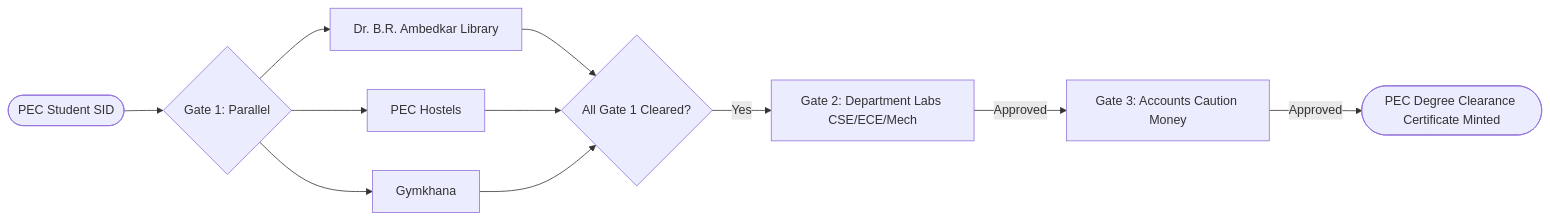
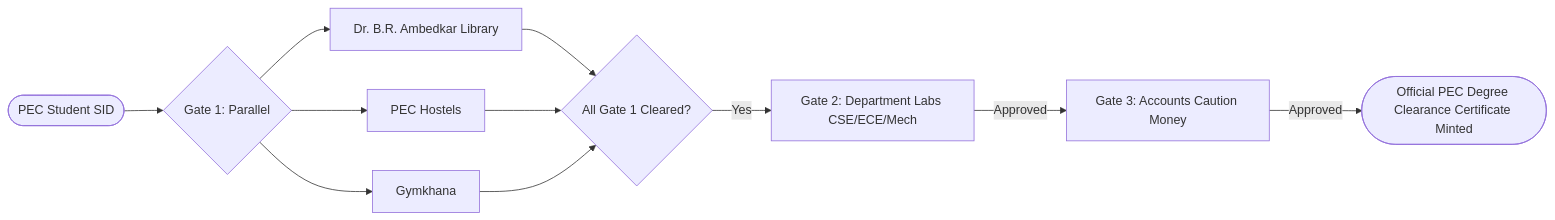
One commit to rags-git/clearance-automation-engine changed the diagram in README.md. Above: the diagram before and after it, drawn with Mermaid. The commit also changed other lines of this file, not shown here.

Commit message:
docs: polish README with professor guide, architecture walkthrough, and student personas

````diff
--- a/README.md
+++ b/README.md
@@ -46,15 +57,15 @@
 ```mermaid
 flowchart LR
     Start([PEC Student SID]) --> Gate1Fork{Gate 1: Parallel}
     Gate1Fork --> Lib[Dr. B.R. Ambedkar Library]
     Gate1Fork --> Host[PEC Hostels]
     Gate1Fork --> Sport[Gymkhana]
 
     Lib --> Gate1Join{All Gate 1 Cleared?}
     Host --> Gate1Join
     Sport --> Gate1Join
 
     Gate1Join -- Yes --> Gate2[Gate 2: Department Labs CSE/ECE/Mech]
     Gate2 -- Approved --> Gate3[Gate 3: Accounts Caution Money]
-    Gate3 -- Approved --> Cert([PEC Degree Clearance Certificate Minted])
+    Gate3 -- Approved --> Cert([Official PEC Degree Clearance Certificate Minted])
 ```
````
